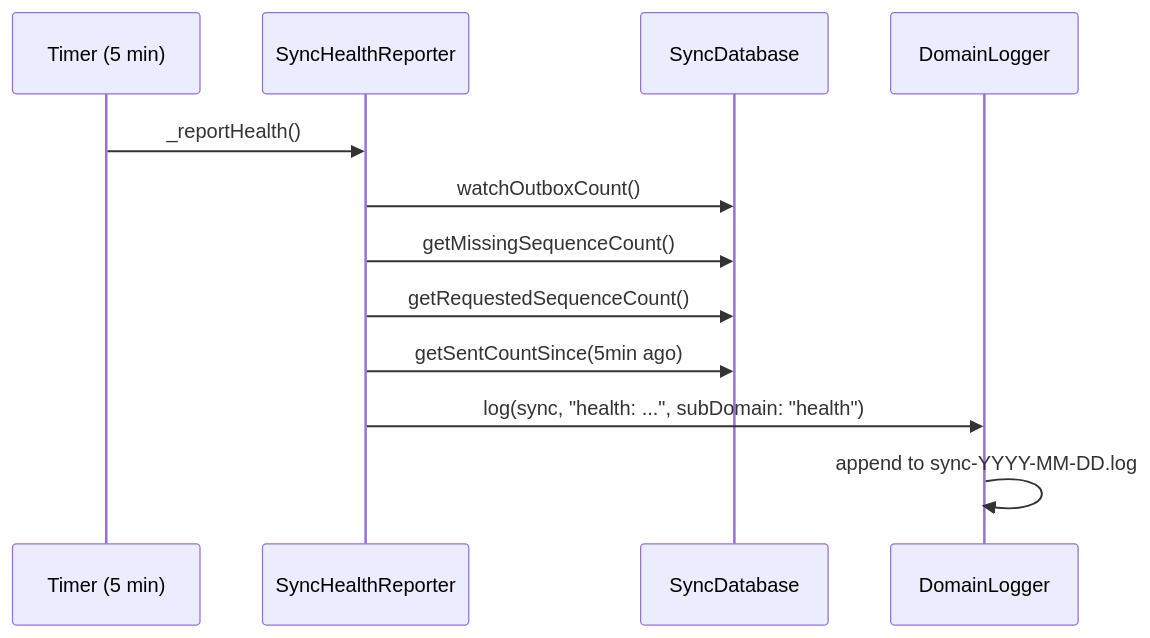
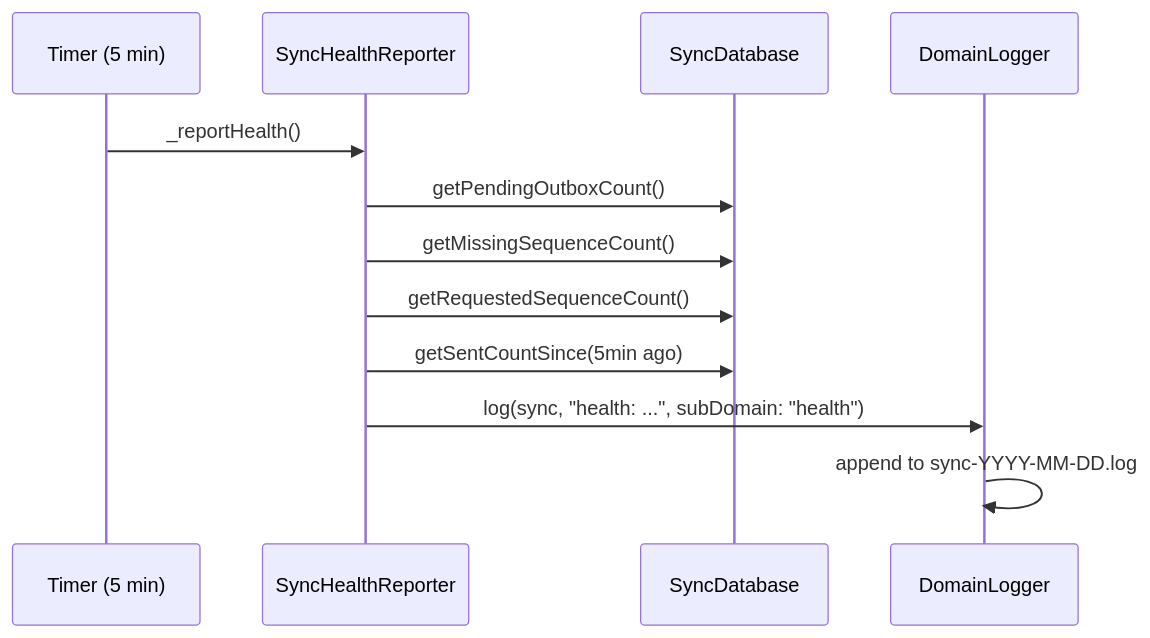
One commit to matthiasn/lotti changed the third of 3 diagrams in docs/adr/0013-outbox-priority-queue.md. Above: the diagram before and after it, drawn with Mermaid. The commit also changed other lines of this file and 6 other files, not shown here.

````diff
--- a/docs/adr/0013-outbox-priority-queue.md
+++ b/docs/adr/0013-outbox-priority-queue.md
@@ -85,15 +85,15 @@
 ```mermaid
 sequenceDiagram
     participant T as Timer (5 min)
     participant HR as SyncHealthReporter
     participant DB as SyncDatabase
     participant DL as DomainLogger
 
     T->>HR: _reportHealth()
-    HR->>DB: watchOutboxCount()
+    HR->>DB: getPendingOutboxCount()
     HR->>DB: getMissingSequenceCount()
     HR->>DB: getRequestedSequenceCount()
     HR->>DB: getSentCountSince(5min ago)
     HR->>DL: log(sync, "health: ...", subDomain: "health")
     DL->>DL: append to sync-YYYY-MM-DD.log
 ```
````
